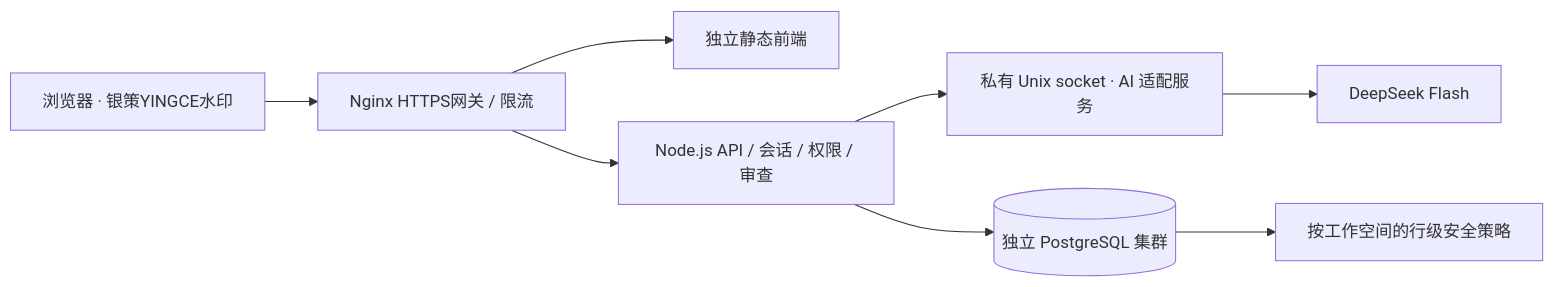
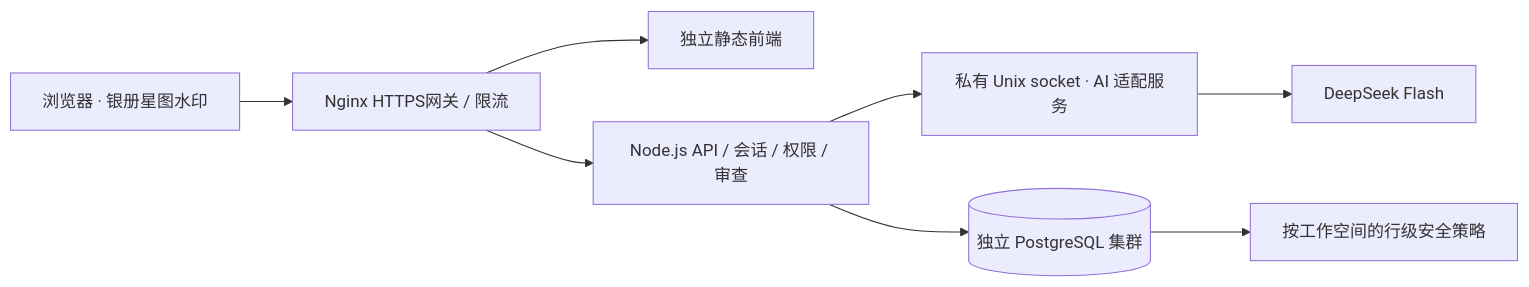
One commit to ForgetGround/yince-fieldwork changed the diagram in README.md. Above: the diagram before and after it, drawn with Mermaid. The commit also changed other lines of this file and 6 other files, not shown here.

Commit message:
chore: rename product brand to 银册星图

````diff
--- a/README.md
+++ b/README.md
@@ -62,10 +62,10 @@
 ```mermaid
 flowchart LR
-  U[浏览器 · 银策YINGCE水印] --> G[Nginx HTTPS网关 / 限流]
+  U[浏览器 · 银册星图水印] --> G[Nginx HTTPS网关 / 限流]
   G --> W[独立静态前端]
   G --> A[Node.js API / 会话 / 权限 / 审查]
   A --> I[私有 Unix socket · AI 适配服务]
   I --> M[DeepSeek Flash]
   A --> D[(独立 PostgreSQL 集群)]
   D --> R[按工作空间的行级安全策略]
 ```
````
